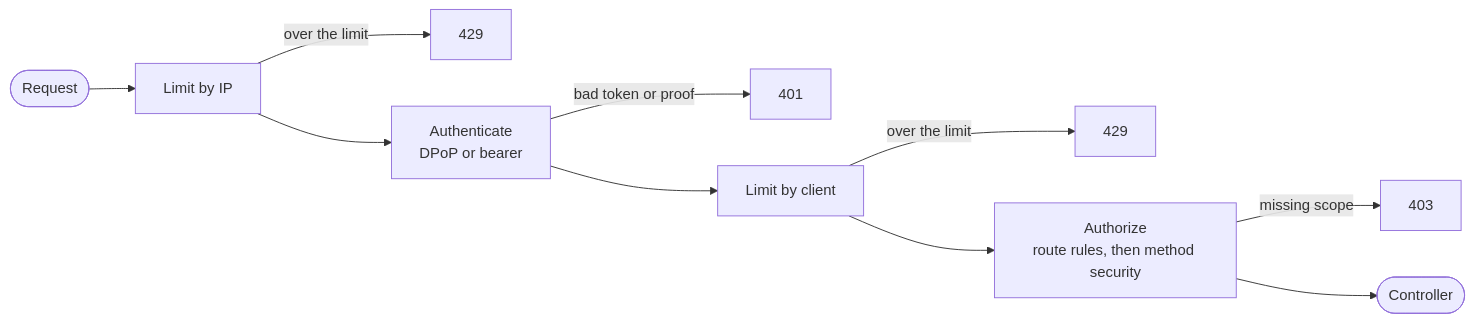
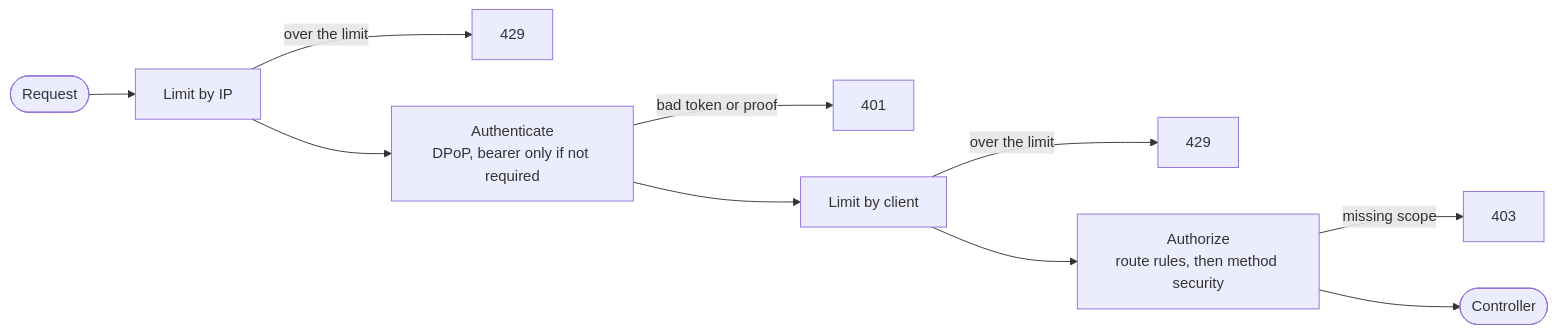
One commit to christ008/shortener changed the fifth of 9 diagrams in docs/INTERNALS.md. Above: the diagram before and after it, drawn with Mermaid. The commit also changed other lines of this file and 8 other files, not shown here.

````diff
--- a/docs/INTERNALS.md
+++ b/docs/INTERNALS.md
@@ -327,12 +327,12 @@
 ```mermaid
 flowchart LR
     request(["Request"]) --> ip["Limit by IP"]
     ip -->|over the limit| tooMany1["429"]
-    ip --> authenticate["Authenticate<br/>DPoP or bearer"]
+    ip --> authenticate["Authenticate<br/>DPoP, bearer only if not required"]
     authenticate -->|"bad token or proof"| unauthorized["401"]
     authenticate --> client["Limit by client"]
     client -->|over the limit| tooMany2["429"]
     client --> authorize["Authorize<br/>route rules, then method security"]
     authorize -->|"missing scope"| forbidden["403"]
     authorize --> controller(["Controller"])
 ```
````
